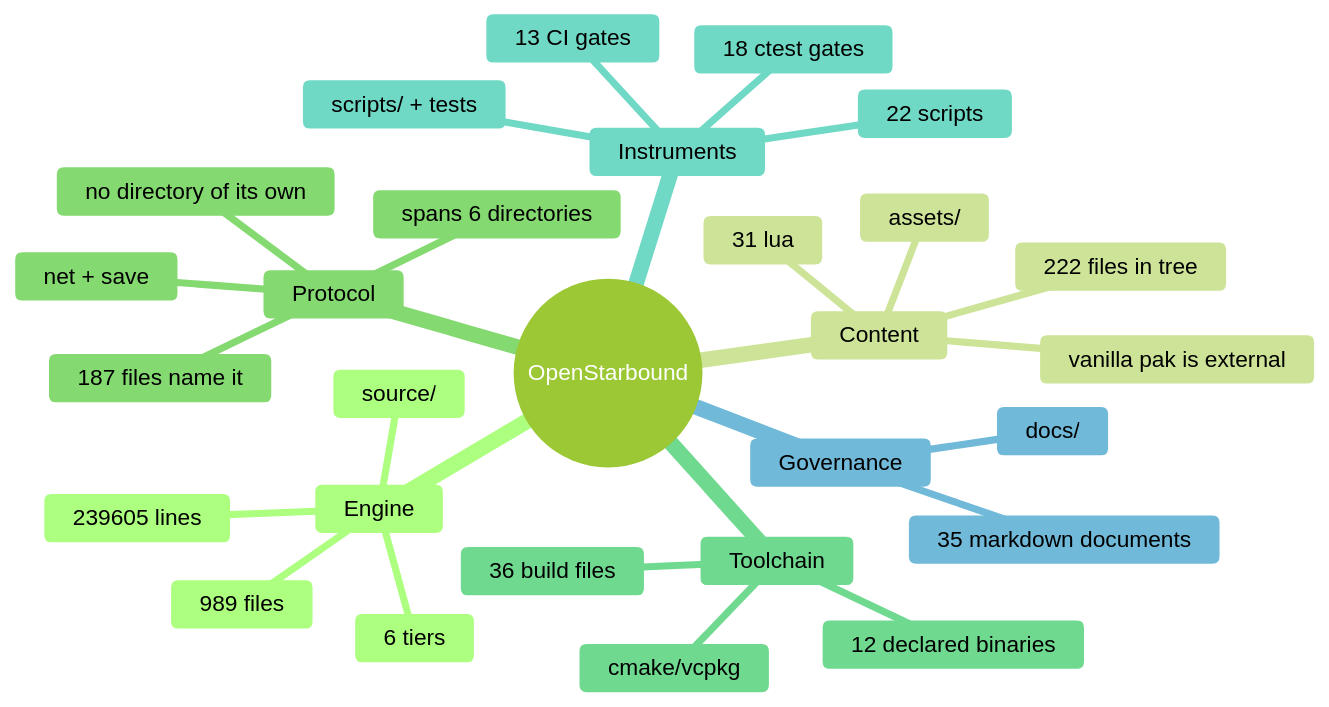
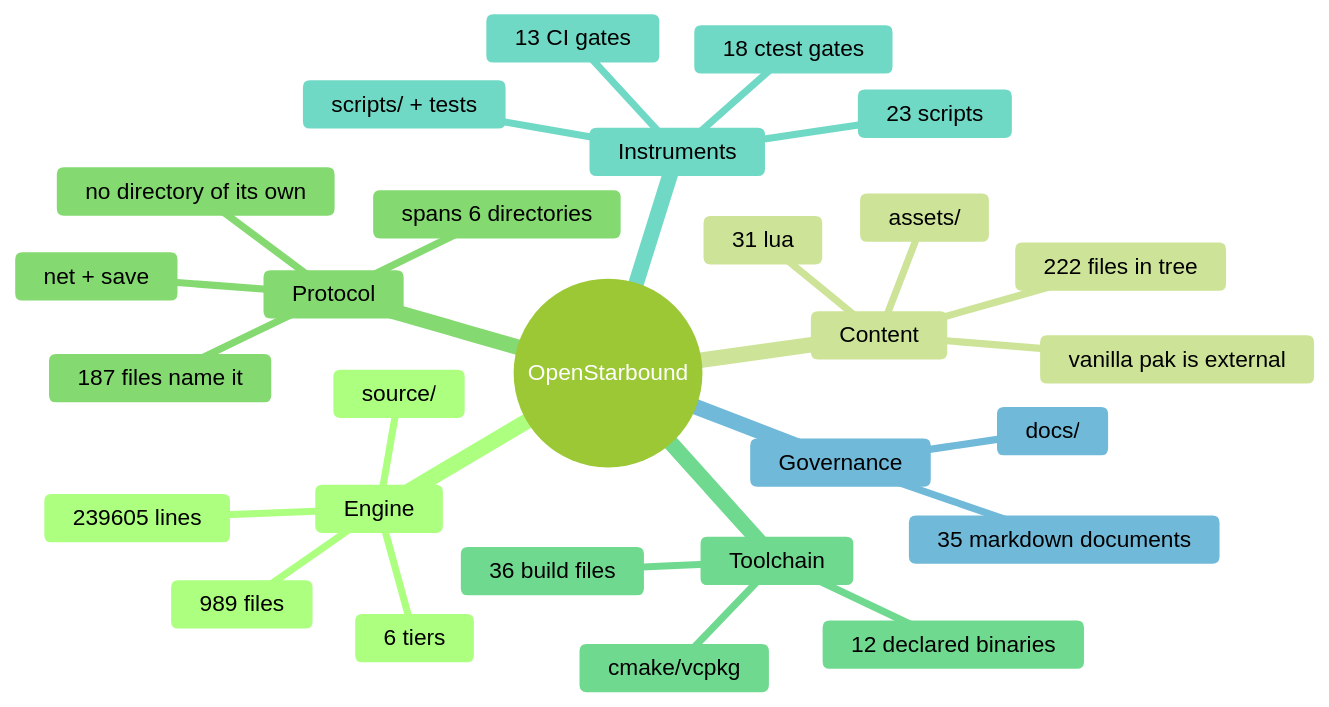
One commit to apnex/OpenStarbound changed the second of 11 diagrams in docs/architecture/system-boundaries.md. Above: the diagram before and after it, drawn with Mermaid (forest theme). The commit also changed 5 other files, not shown here.

````diff
--- a/docs/architecture/system-boundaries.md
+++ b/docs/architecture/system-boundaries.md
@@ -166,31 +166,31 @@
 ```mermaid
 mindmap
   root((OpenStarbound))
     Engine
       source/
       989 files
       239605 lines
       6 tiers
     Content
       assets/
       222 files in tree
       31 lua
       vanilla pak is external
     Protocol
       net + save
       187 files name it
       spans 6 directories
       no directory of its own
     Toolchain
       cmake/vcpkg
       36 build files
       12 declared binaries
     Instruments
       scripts/ + tests
-      22 scripts
+      23 scripts
       18 ctest gates
       13 CI gates
     Governance
       docs/
       35 markdown documents
 ```
````
